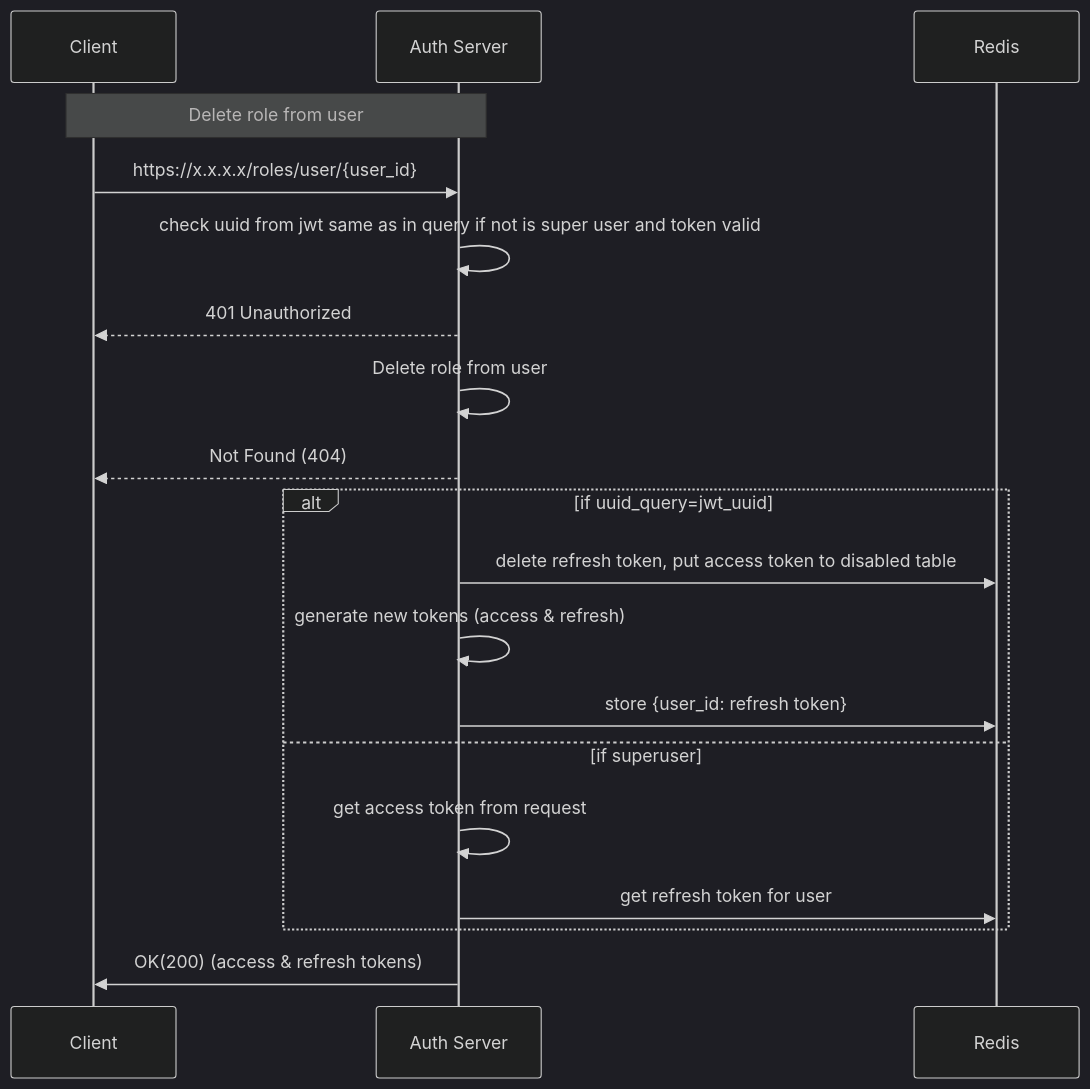
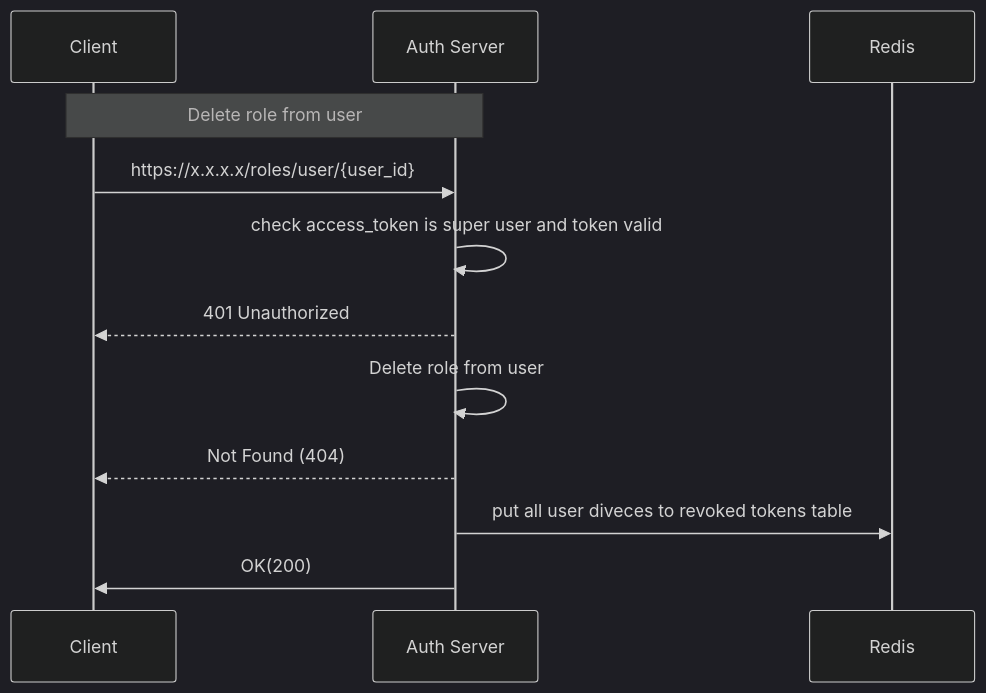
One commit to veselij/Auth_sprint_6_team_5 changed the diagram in Docs/2_roles/6_delete_user_role.md. Above: the diagram before and after it, drawn with Mermaid (dark theme). The commit also changed other lines of this file and 11 other files, not shown here.

````diff
--- a/Docs/2_roles/6_delete_user_role.md
+++ b/Docs/2_roles/6_delete_user_role.md
@@ -1,23 +1,16 @@
 ```mermaid
 sequenceDiagram
     participant C as Client  
     participant S as Auth Server
     participant R as Redis
 
 	Note over C, S: Delete role from user
 	C->>S: https://x.x.x.x/roles/user/{user_id}
-	S->>S: check uuid from jwt same as in query if not is super user and token valid
+	S->>S: check access_token is super user and token valid
 	S-->>C: 401 Unauthorized
 	S->>S: Delete role from user
 	S-->>C: Not Found (404)
-	alt if uuid_query=jwt_uuid
-	S->>R: delete refresh token, put access token to disabled table
-	S->>S: generate new tokens (access & refresh)
-	S->>R: store {user_id: refresh token}
-	else if superuser
-	S->>S: get access token from request
-	S->>R: get refresh token for user
-	end
-	S->>C: OK(200) (access & refresh tokens)
+	S->>R: put all user diveces to revoked tokens table
+	S->>C: OK(200)
 
 ```
````
